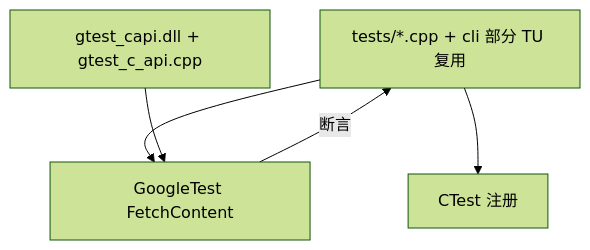
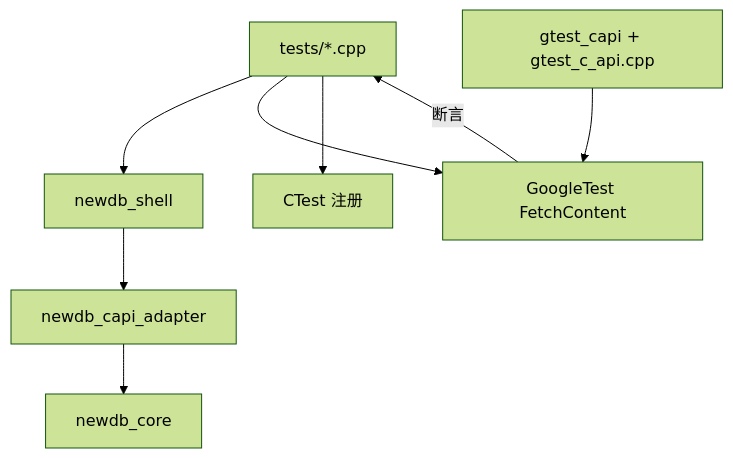
One commit to skyline019/database changed the seventh of 14 diagrams in newdb/docs/architecture/PROJECT_DATAFLOW_WHOLE.md. Above: the diagram before and after it, drawn with Mermaid (forest theme). The commit also changed other lines of this file and 212 other files, not shown here.

````diff
--- a/newdb/docs/architecture/PROJECT_DATAFLOW_WHOLE.md
+++ b/newdb/docs/architecture/PROJECT_DATAFLOW_WHOLE.md
@@ -262,12 +316,18 @@
 ```mermaid
 flowchart TB
-  SRC[tests/*.cpp + cli 部分 TU 复用]
+  SRC[tests/*.cpp]
+  SH[newdb_shell]
+  CAPI[newdb_capi_adapter]
+  CORE[newdb_core]
   GT[GoogleTest FetchContent]
-  CAP[gtest_capi.dll + gtest_c_api.cpp]
+  GCAP[gtest_capi + gtest_c_api.cpp]
   CTEST[CTest 注册]
 
+  SRC --> SH
+  SH --> CAPI
+  CAPI --> CORE
   SRC --> GT
   SRC --> CTEST
-  CAP --> GT
+  GCAP --> GT
   GT -->|断言| SRC
 ```
````
